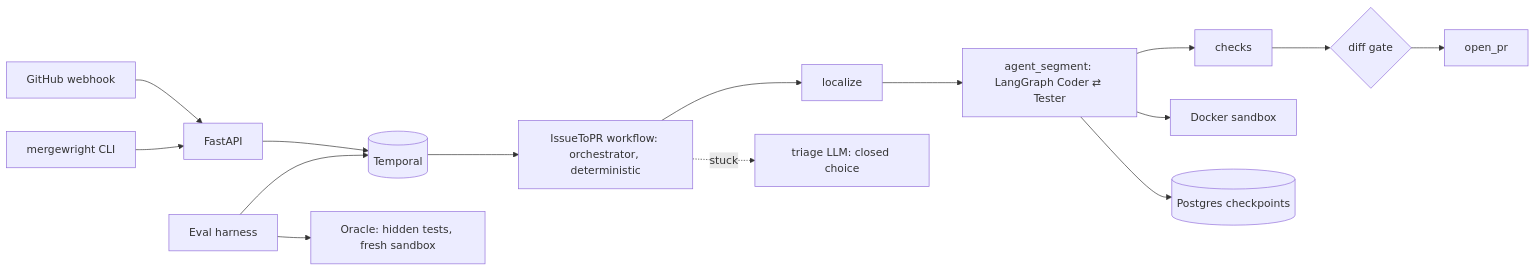
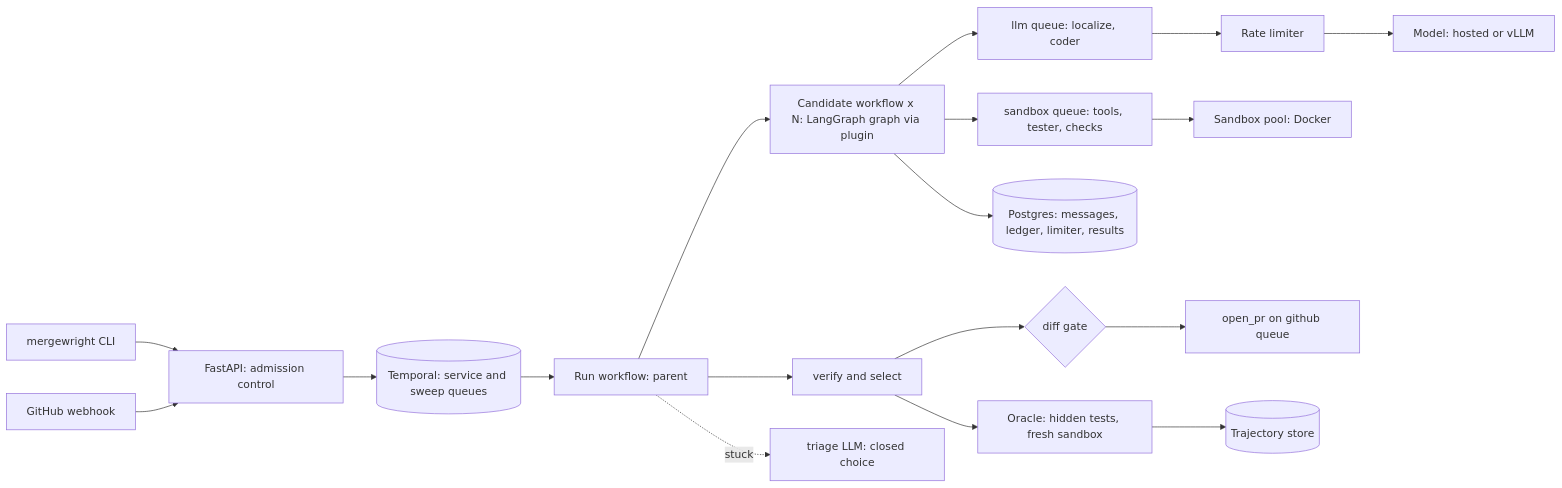
The diagram in docs/mergewright-spec.md (akashkolte/Mergewright), drawn with Mermaid before and after one commit. The commit also changed other lines of this file and 3 other files, not shown here.

````diff
--- a/docs/mergewright-spec.md
+++ b/docs/mergewright-spec.md
@@ -41,14 +62,15 @@
 ```mermaid
 flowchart LR
-    GH[GitHub webhook] --> API[FastAPI]
-    CLI[mergewright CLI] --> API
-    API --> T[(Temporal)]
-    T --> WF[IssueToPR workflow: orchestrator, deterministic]
-    WF --> L[localize] --> S[agent_segment: LangGraph Coder ⇄ Tester]
-    S --> C[checks] --> G{diff gate} --> P[open_pr] 
-    S --> SB[Docker sandbox]
-    S --> PG[(Postgres checkpoints)]
-    WF -.stuck.-> TR[triage LLM: closed choice]
-    H[Eval harness] --> T
-    H --> OR[Oracle: hidden tests, fresh sandbox]
+    CLI[mergewright CLI] --> API[FastAPI: admission control]
+    GH[GitHub webhook] --> API
+    API --> T[(Temporal: service and sweep queues)]
+    T --> PW[Run workflow: parent]
+    PW --> CW[Candidate workflow x N: LangGraph graph via plugin]
+    CW --> LQ[llm queue: localize, coder] --> RL[Rate limiter] --> M[Model: hosted or vLLM]
+    CW --> SQ[sandbox queue: tools, tester, checks] --> POOL[Sandbox pool: Docker]
+    CW --> MS[(Postgres: messages, ledger, limiter, results)]
+    PW --> V[verify and select] --> G{diff gate} --> P[open_pr on github queue]
+    PW -.stuck.-> TR[triage LLM: closed choice]
+    V --> OR[Oracle: hidden tests, fresh sandbox]
+    OR --> TJ[(Trajectory store)]
 ```
````
